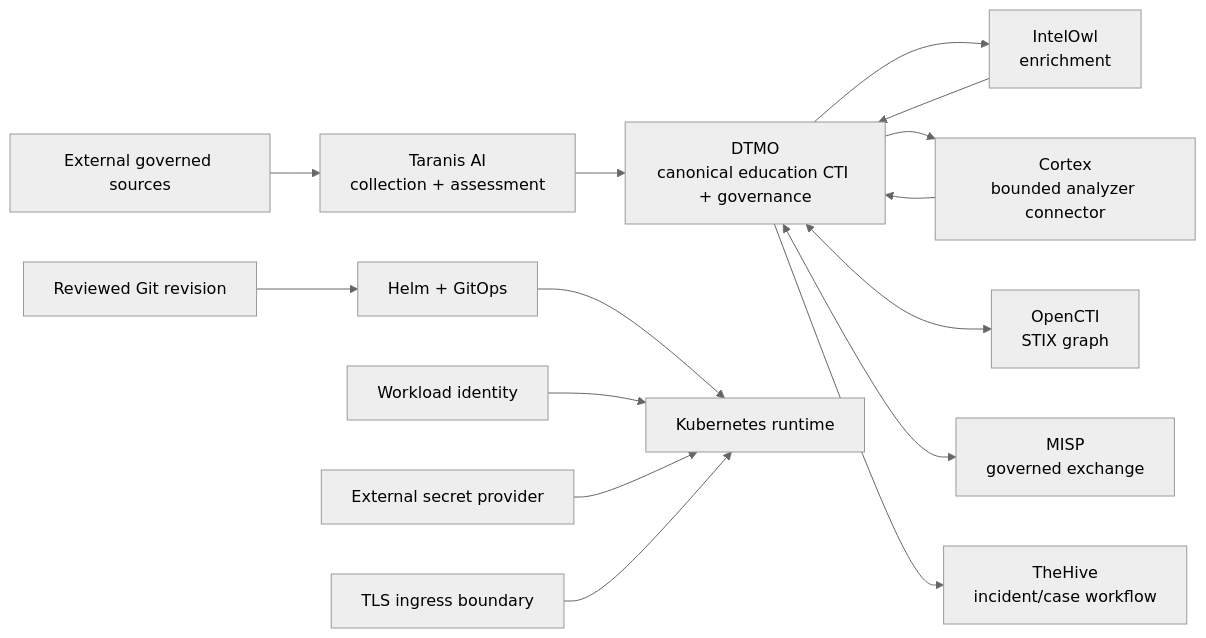
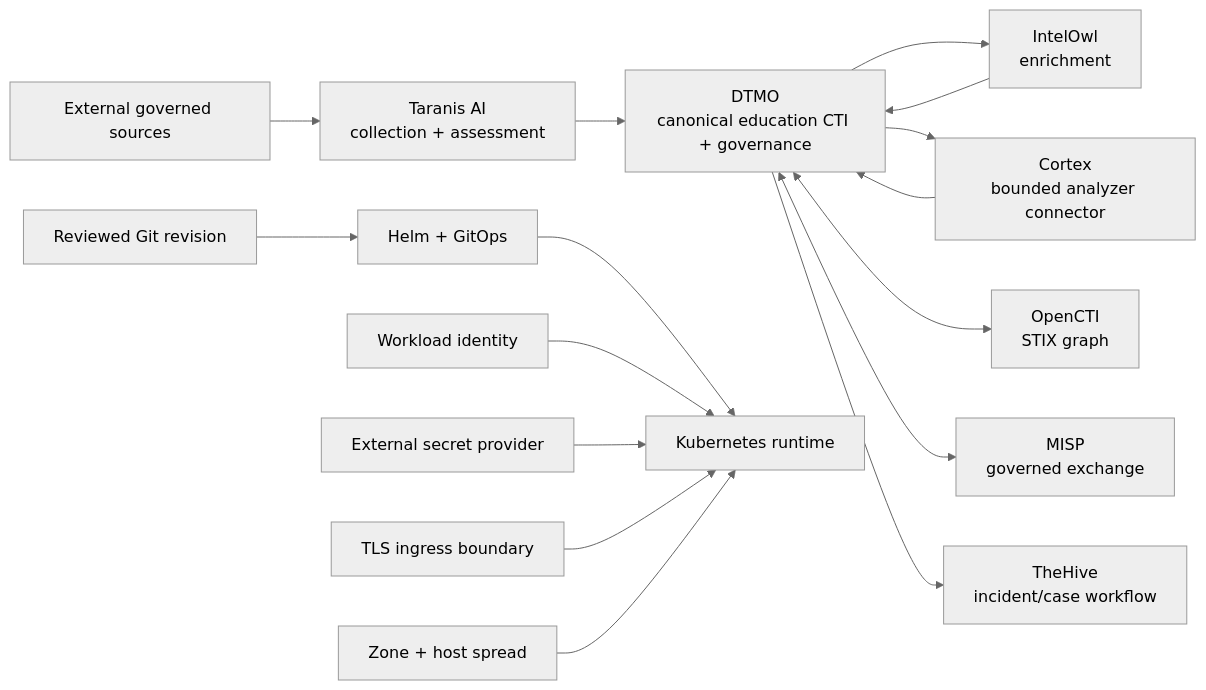
Before and after one commit to GJvManen/dtmo: the first of 2 diagrams in docs/roadmap/PLATFORM_INDUSTRIALISATION_ROADMAP.md, drawn with Mermaid (neutral theme). The commit also changed other lines of this file, not shown here.

Commit message:
Phase 11.8d: advance industrialisation roadmap

````diff
--- a/docs/roadmap/PLATFORM_INDUSTRIALISATION_ROADMAP.md
+++ b/docs/roadmap/PLATFORM_INDUSTRIALISATION_ROADMAP.md
@@ -14,17 +14,18 @@
 ```mermaid
 flowchart LR
     EXT[External governed sources] --> TAR[Taranis AI\ncollection + assessment]
     TAR --> DTMO[DTMO\ncanonical education CTI + governance]
     DTMO --> OWL[IntelOwl\nenrichment]
     OWL --> DTMO
     DTMO --> CTX[Cortex\nbounded analyzer connector]
     CTX --> DTMO
     DTMO <--> OCTI[OpenCTI\nSTIX graph]
     DTMO <--> MISP[MISP\ngoverned exchange]
     DTMO --> HIVE[TheHive\nincident/case workflow]
     GIT[Reviewed Git revision] --> HELM[Helm + GitOps]
     HELM --> K8S[Kubernetes runtime]
     IAM[Workload identity] --> K8S
     SEC[External secret provider] --> K8S
     TLS[TLS ingress boundary] --> K8S
+    HA[Zone + host spread] --> K8S
 ```
````
